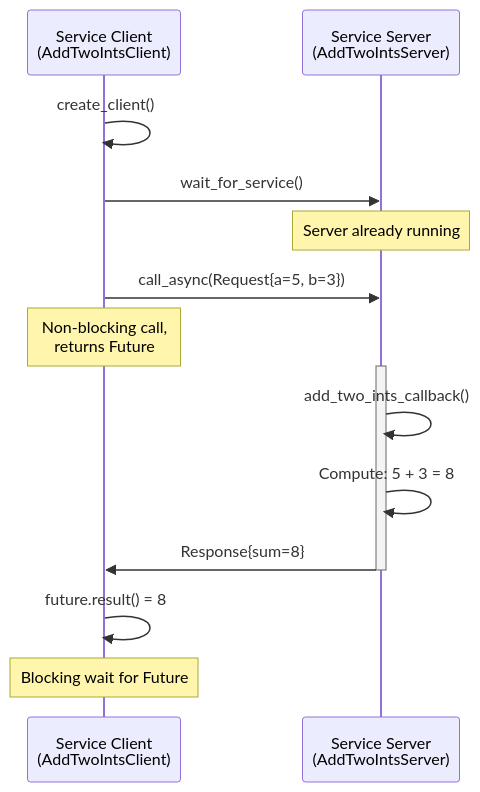
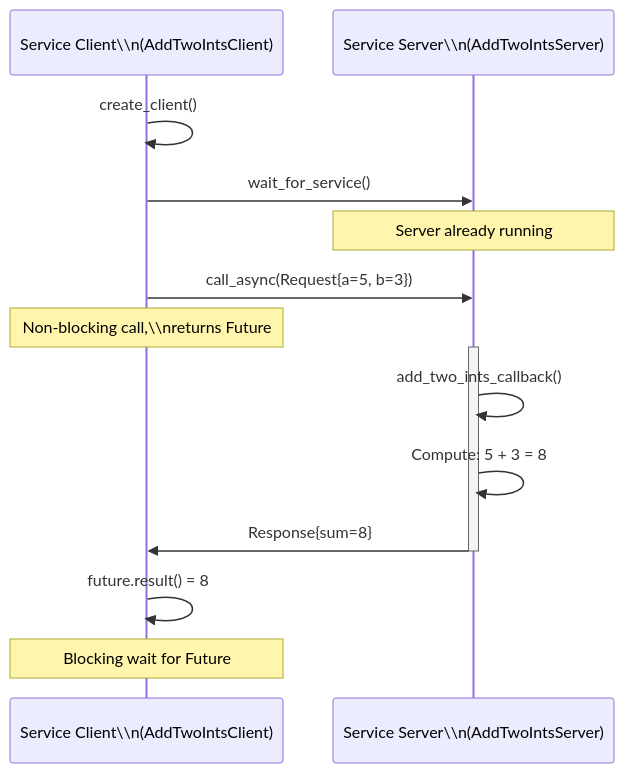
Before and after one commit to ABEERAHMED2024/-Textbook-for-Teaching-Physical-AI-Humanoid-Robotics-Course-: the first of 2 diagrams in docs/module-1-ros2/chapter-3-services-actions-parameters.mdx, drawn with Mermaid. The commit also changed other lines of this file and 192 other files, not shown here.

````diff
--- a/docs/module-1-ros2/chapter-3-services-actions-parameters.mdx
+++ b/docs/module-1-ros2/chapter-3-services-actions-parameters.mdx
@@ -213,21 +214,21 @@
 ```mermaid
 sequenceDiagram
-    participant Client as Service Client<br/>(AddTwoIntsClient)
-    participant Server as Service Server<br/>(AddTwoIntsServer)
+    participant Client as Service Client\\n(AddTwoIntsClient)
+    participant Server as Service Server\\n(AddTwoIntsServer)
 
     Client->>Client: create_client()
     Client->>Server: wait_for_service()
     Note over Server: Server already running
 
     Client->>Server: call_async(Request{a=5, b=3})
-    Note over Client: Non-blocking call,<br/>returns Future
+    Note over Client: Non-blocking call,\\nreturns Future
 
     activate Server
     Server->>Server: add_two_ints_callback()
     Server->>Server: Compute: 5 + 3 = 8
     Server->>Client: Response{sum=8}
     deactivate Server
 
     Client->>Client: future.result() = 8
     Note over Client: Blocking wait for Future
 ```
````
